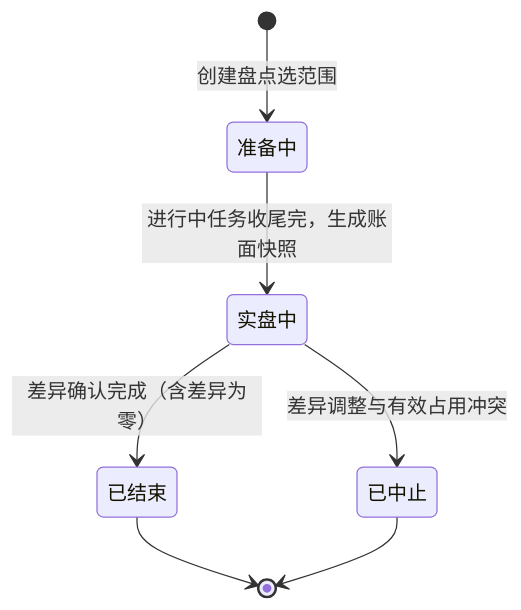
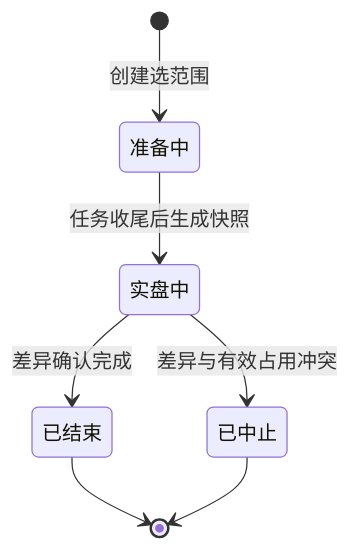
Before and after one commit to TopVitamin/QS-WMS-Project: the third of 4 diagrams in 05-应用设计方案/20261002-MVP版本/系统架构设计/03-单据与状态流转.md, drawn with Mermaid. The commit also changed other lines of this file and 82 other files, not shown here.

````diff
--- a/05-应用设计方案/20261002-MVP版本/系统架构设计/03-单据与状态流转.md
+++ b/05-应用设计方案/20261002-MVP版本/系统架构设计/03-单据与状态流转.md
@@ -124,9 +127,9 @@
 ```mermaid
 stateDiagram-v2
-    [*] --> 准备中: 创建盘点选范围
-    准备中 --> 实盘中: 进行中任务收尾完，生成账面快照
-    实盘中 --> 已中止: 差异调整与有效占用冲突
-    实盘中 --> 已结束: 差异确认完成（含差异为零）
+    [*] --> 准备中: 创建选范围
+    准备中 --> 实盘中: 任务收尾后生成快照
+    实盘中 --> 已中止: 差异与有效占用冲突
+    实盘中 --> 已结束: 差异确认完成
     已结束 --> [*]
     已中止 --> [*]
 ```
````
